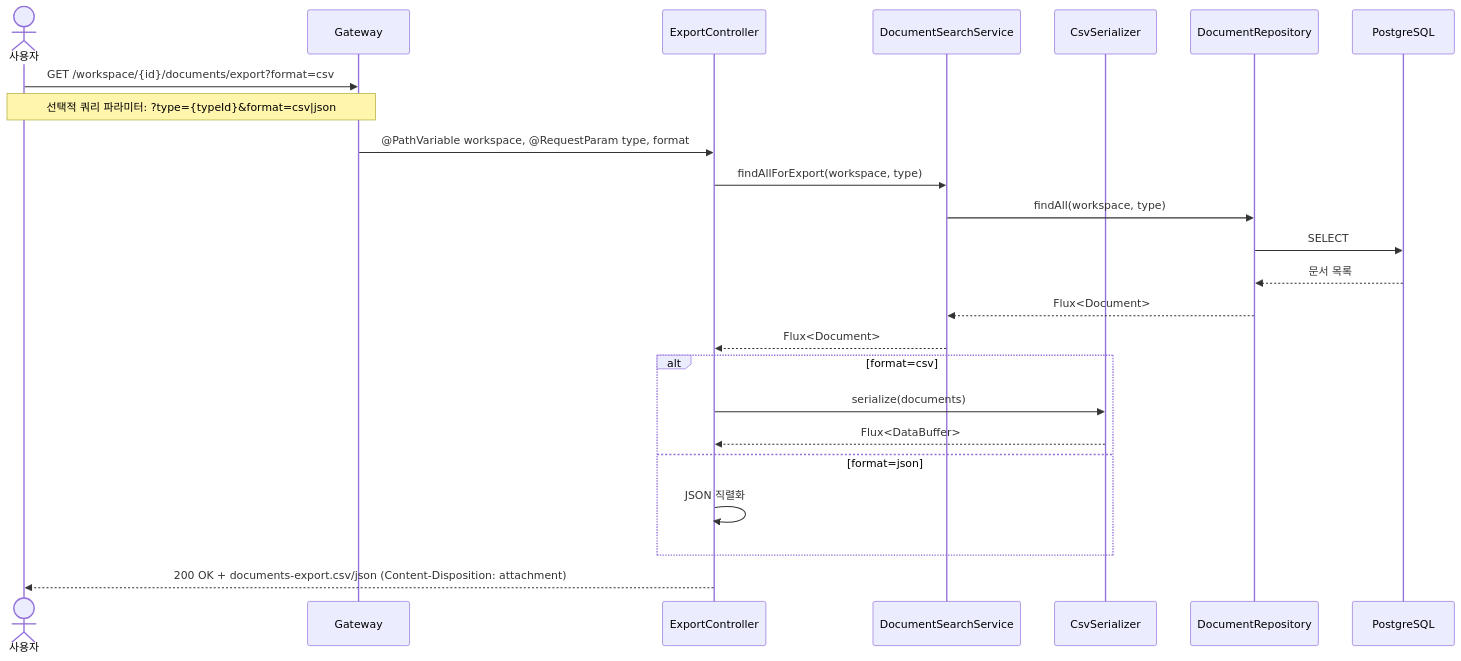
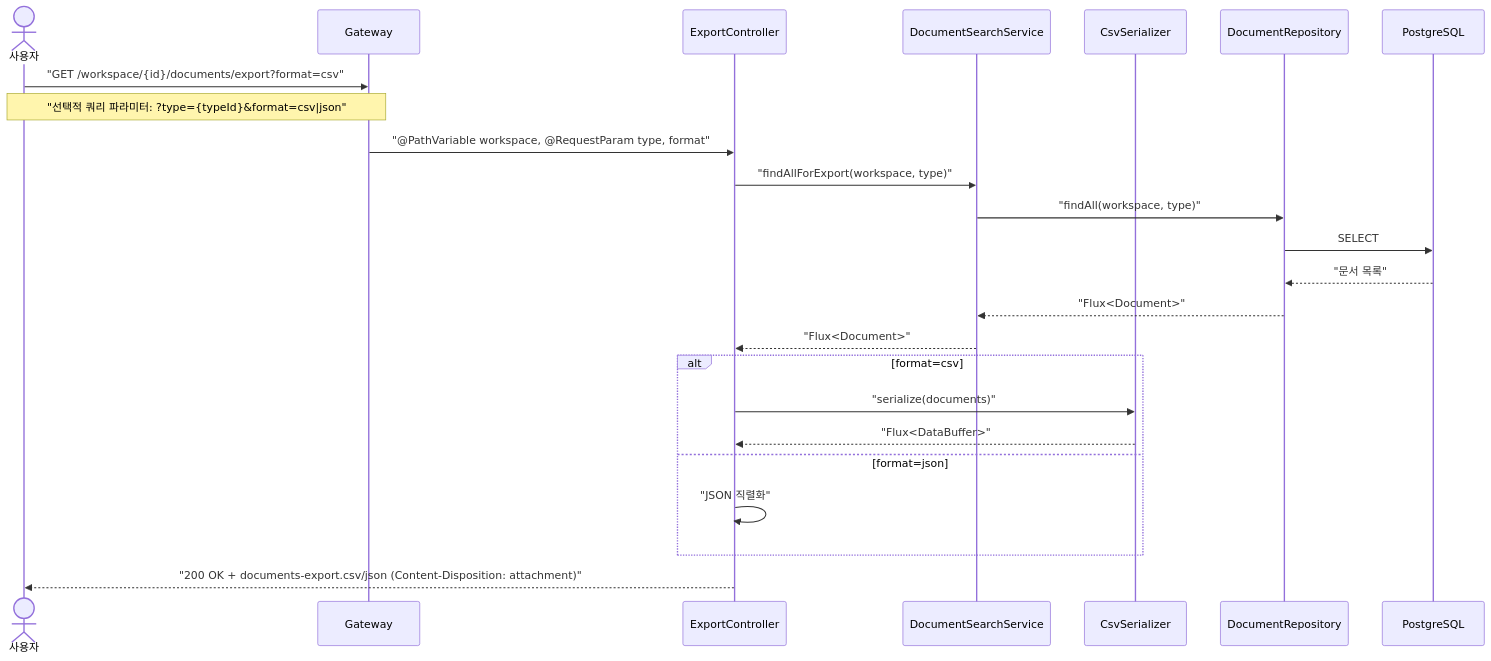
One commit to sayaya1090/handbook changed diagram 11 of 25 in docs/usecases.md. Above: the diagram before and after it, drawn with Mermaid. The commit also changed other lines of this file and 22 other files, not shown here.

First line of the commit message:
docs: Mermaid 다이어그램 렌더링 오류 수정을 위한 구문 전수 교정

````diff
--- a/docs/usecases.md
+++ b/docs/usecases.md
@@ -986,27 +986,27 @@
 ```mermaid
 sequenceDiagram
     actor U as 사용자
     participant GW as Gateway
     participant Ctrl as ExportController
     participant Svc as DocumentSearchService
     participant Csv as CsvSerializer
     participant Repo as DocumentRepository
     participant DB as PostgreSQL
 
-    U->>GW: GET /workspace/{id}/documents/export?format=csv
-    Note over U,GW: 선택적 쿼리 파라미터: ?type={typeId}&format=csv|json
-    GW->>Ctrl: @PathVariable workspace, @RequestParam type, format
-    Ctrl->>Svc: findAllForExport(workspace, type)
-    Svc->>Repo: findAll(workspace, type)
+    U->>GW: "GET /workspace/{id}/documents/export?format=csv"
+    Note over U,GW: "선택적 쿼리 파라미터: ?type={typeId}&format=csv|json"
+    GW->>Ctrl: "@PathVariable workspace, @RequestParam type, format"
+    Ctrl->>Svc: "findAllForExport(workspace, type)"
+    Svc->>Repo: "findAll(workspace, type)"
     Repo->>DB: SELECT
-    DB-->>Repo: 문서 목록
-    Repo-->>Svc: Flux<Document>
-    Svc-->>Ctrl: Flux<Document>
+    DB-->>Repo: "문서 목록"
+    Repo-->>Svc: "Flux<Document>"
+    Svc-->>Ctrl: "Flux<Document>"
     alt format=csv
-        Ctrl->>Csv: serialize(documents)
-        Csv-->>Ctrl: Flux<DataBuffer>
+        Ctrl->>Csv: "serialize(documents)"
+        Csv-->>Ctrl: "Flux<DataBuffer>"
     else format=json
-        Ctrl->>Ctrl: JSON 직렬화
+        Ctrl->>Ctrl: "JSON 직렬화"
     end
-    Ctrl-->>U: 200 OK + documents-export.csv/json (Content-Disposition: attachment)
+    Ctrl-->>U: "200 OK + documents-export.csv/json (Content-Disposition: attachment)"
 ```
````
